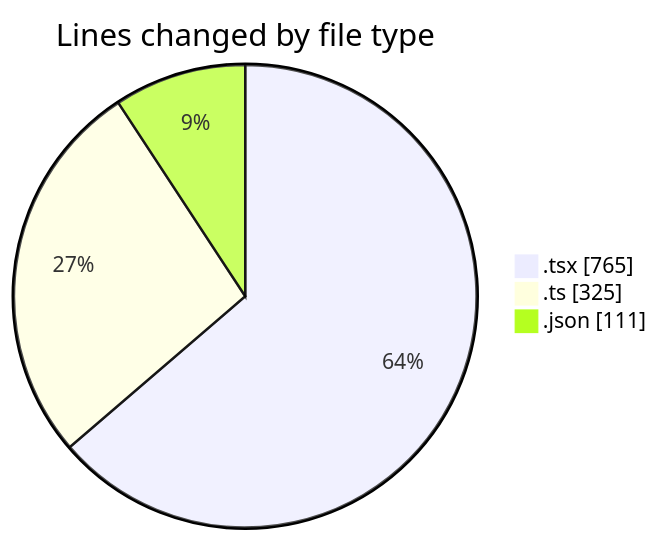
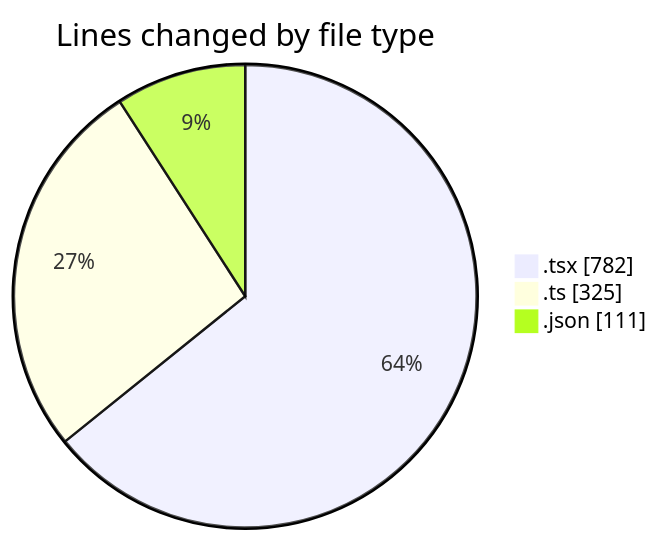
One commit to julien-gomy/code-tracking changed the first of 2 diagrams in 2025-11-08/eventscop-frontend-guide__workspace_/README.md. Above: the diagram before and after it, drawn with Mermaid. The commit also changed other lines of this file and 1 other file, not shown here.

````diff
--- a/2025-11-08/eventscop-frontend-guide__workspace_/README.md
+++ b/2025-11-08/eventscop-frontend-guide__workspace_/README.md
@@ -29,7 +29,7 @@
 ```mermaid
 pie showData
 title Lines changed by file type
-".tsx" : 765
+".tsx" : 782
 ".ts" : 325
 ".json" : 111
 ```
````
